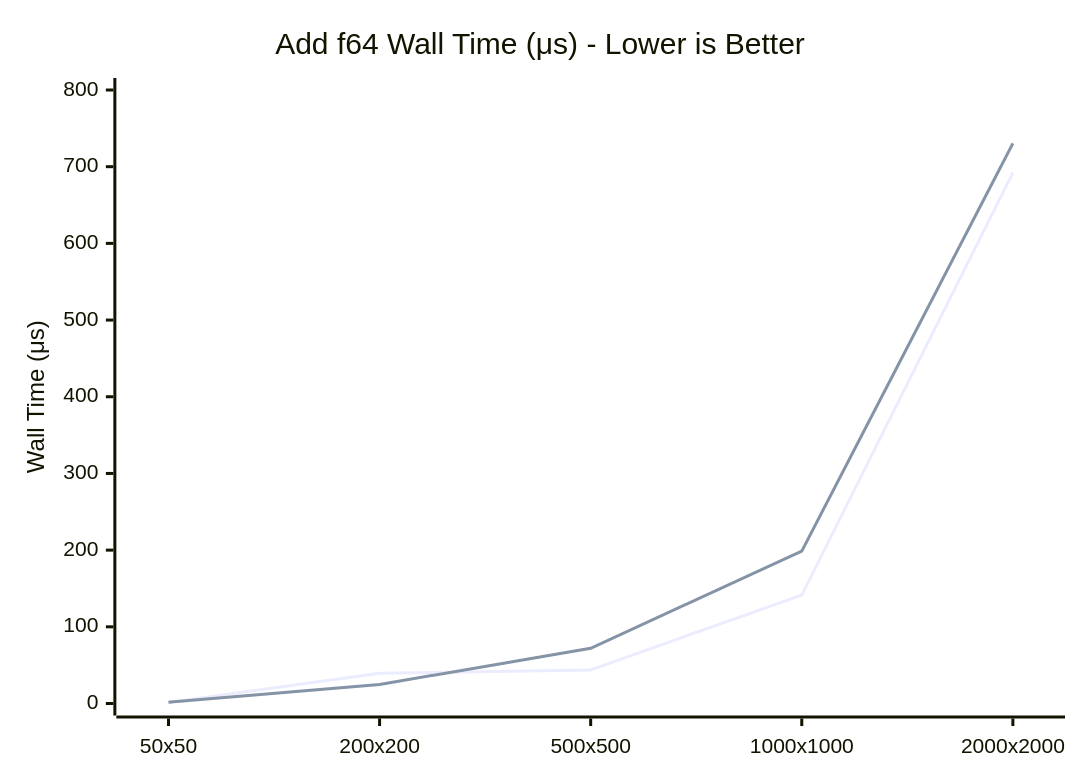
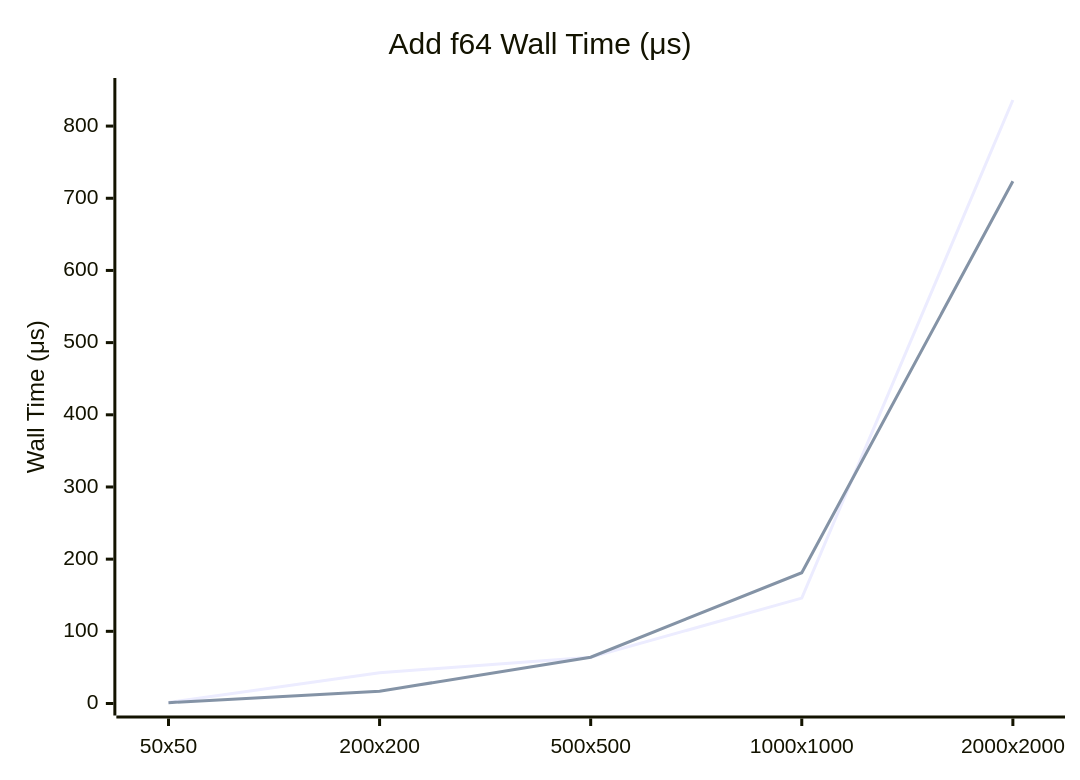
The diagram in dev/nx-oxcaml/bench/README.md (raven-ml/raven), drawn with Mermaid before and after one commit. The commit also changed other lines of this file and 6 other files, not shown here.

````diff
--- a/dev/nx-oxcaml/bench/README.md
+++ b/dev/nx-oxcaml/bench/README.md
@@ -9,8 +9,8 @@
 ```mermaid
 xychart-beta
-    title "Add f64 Wall Time (μs) - Lower is Better"
+    title "Add f64 Wall Time (μs)"
     x-axis ["50x50", "200x200", "500x500", "1000x1000", "2000x2000"]
-    y-axis "Wall Time (μs)" 0 --> 800
-    line "Nx (C)" [1.45, 39.41, 43.83, 141.37, 692.28]
-    line "Nx (OxCaml)" [1.68, 24.79, 71.94, 198.72, 730.39]
+    y-axis "Wall Time (μs)" 0 --> 850
+    line "Nx (C)" [1.35, 42.56, 63.99, 146.03, 836.12]
+    line "Nx (OxCaml)" [1.19, 17.00, 64.15, 181.18, 723.55]
 ```
````
